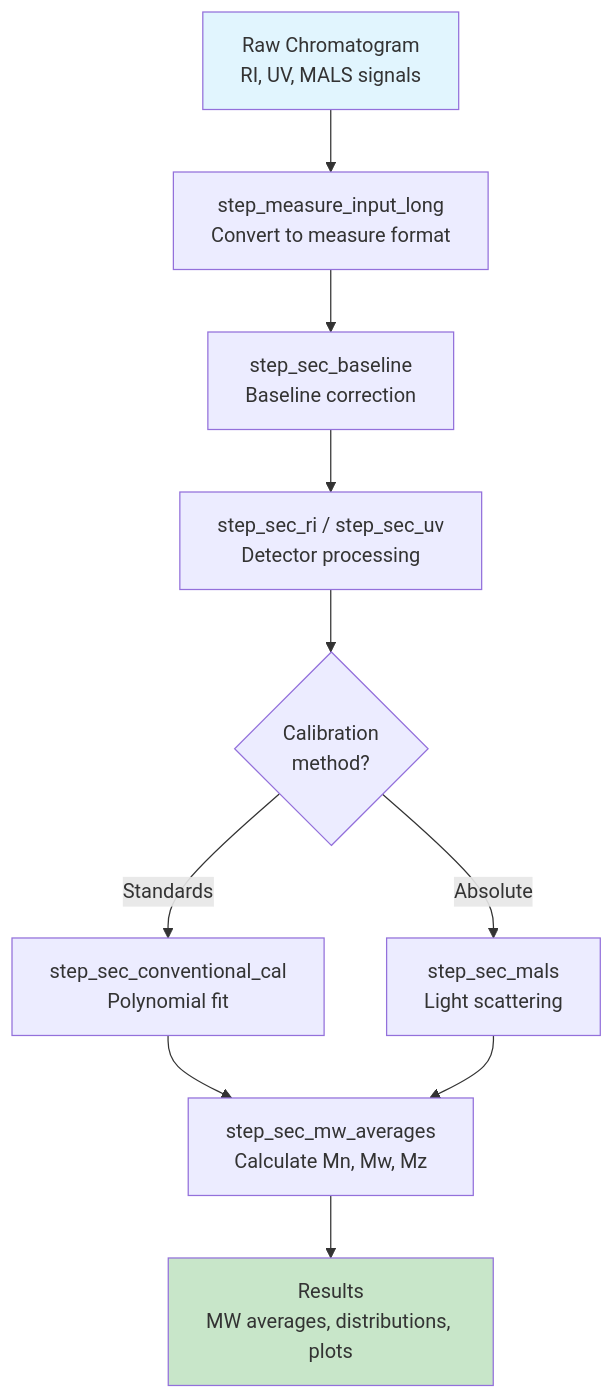
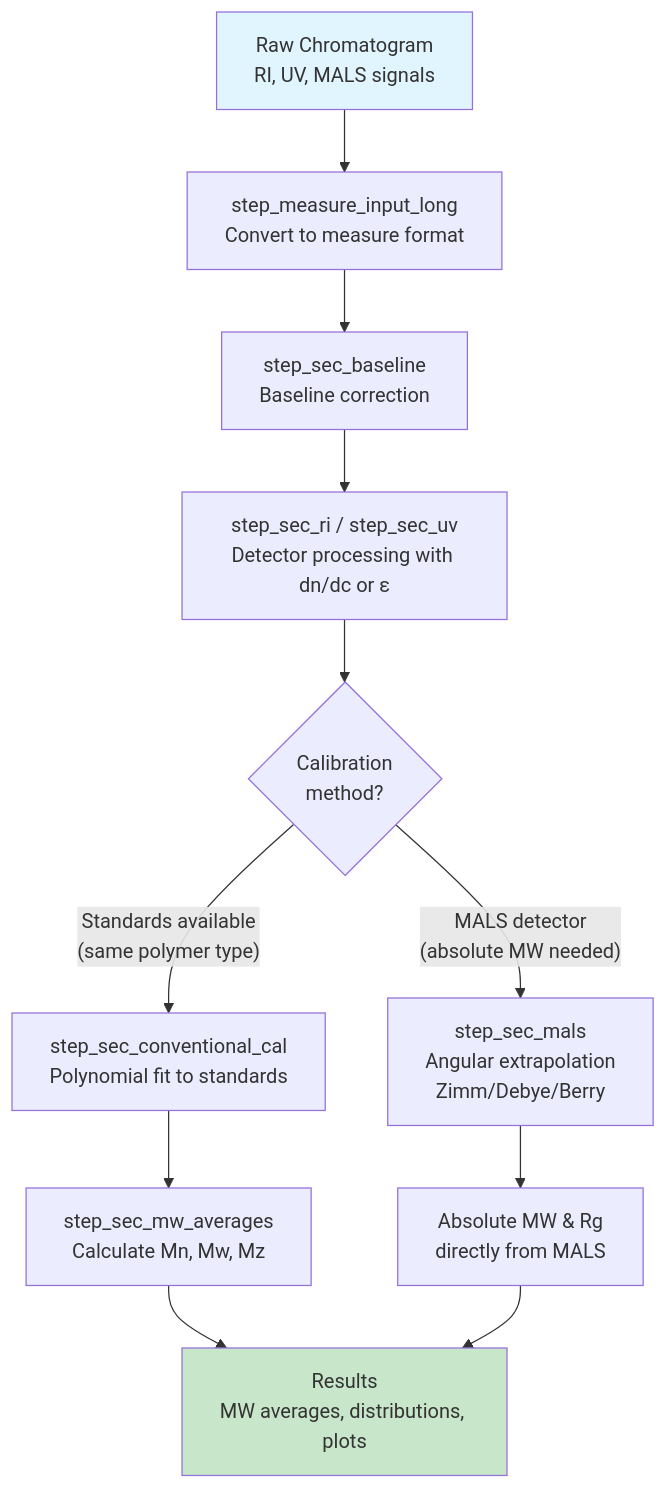
One commit to JamesHWade/measure.sec changed the diagram in vignettes/getting-started.Rmd. Above: the diagram before and after it, drawn with Mermaid. The commit also changed other lines of this file and 3 other files, not shown here.

First line of the commit message:
fix: Address PR review feedback for workflow diagrams

````diff
--- a/vignettes/getting-started.Rmd
+++ b/vignettes/getting-started.Rmd
@@ -32,15 +34,16 @@
 ```mermaid
 flowchart TD
     A[Raw Chromatogram<br>RI, UV, MALS signals] --> B[step_measure_input_long<br>Convert to measure format]
     B --> C[step_sec_baseline<br>Baseline correction]
-    C --> D[step_sec_ri / step_sec_uv<br>Detector processing]
+    C --> D[step_sec_ri / step_sec_uv<br>Detector processing with dn/dc or ε]
     D --> E{Calibration<br>method?}
-    E -->|Standards| F[step_sec_conventional_cal<br>Polynomial fit]
-    E -->|Absolute| G[step_sec_mals<br>Light scattering]
+    E -->|"Standards available<br>(same polymer type)"| F[step_sec_conventional_cal<br>Polynomial fit to standards]
+    E -->|"MALS detector<br>(absolute MW needed)"| G[step_sec_mals<br>Angular extrapolation<br>Zimm/Debye/Berry]
     F --> H[step_sec_mw_averages<br>Calculate Mn, Mw, Mz]
-    G --> H
-    H --> I[Results<br>MW averages, distributions, plots]
+    G --> I[Absolute MW & Rg<br>directly from MALS]
+    H --> J[Results<br>MW averages, distributions, plots]
+    I --> J
 
     style A fill:#e1f5fe
-    style I fill:#c8e6c9
+    style J fill:#c8e6c9
 ```
````
